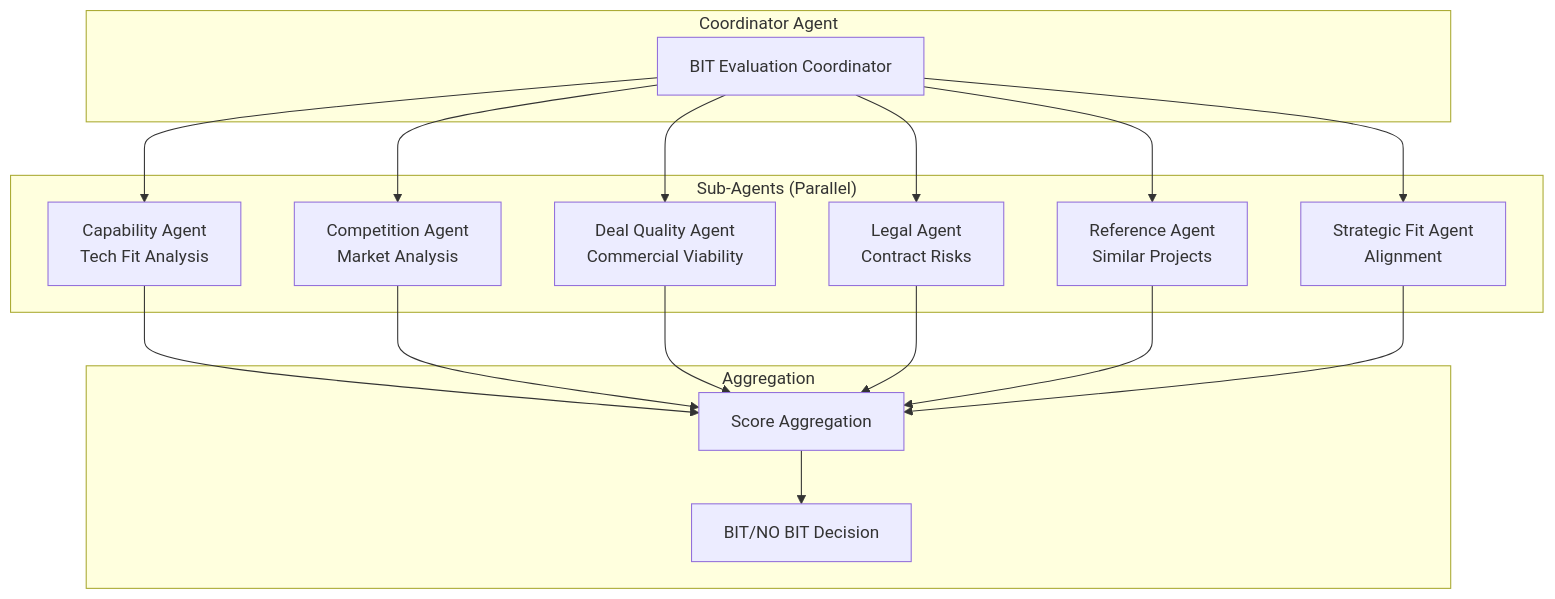
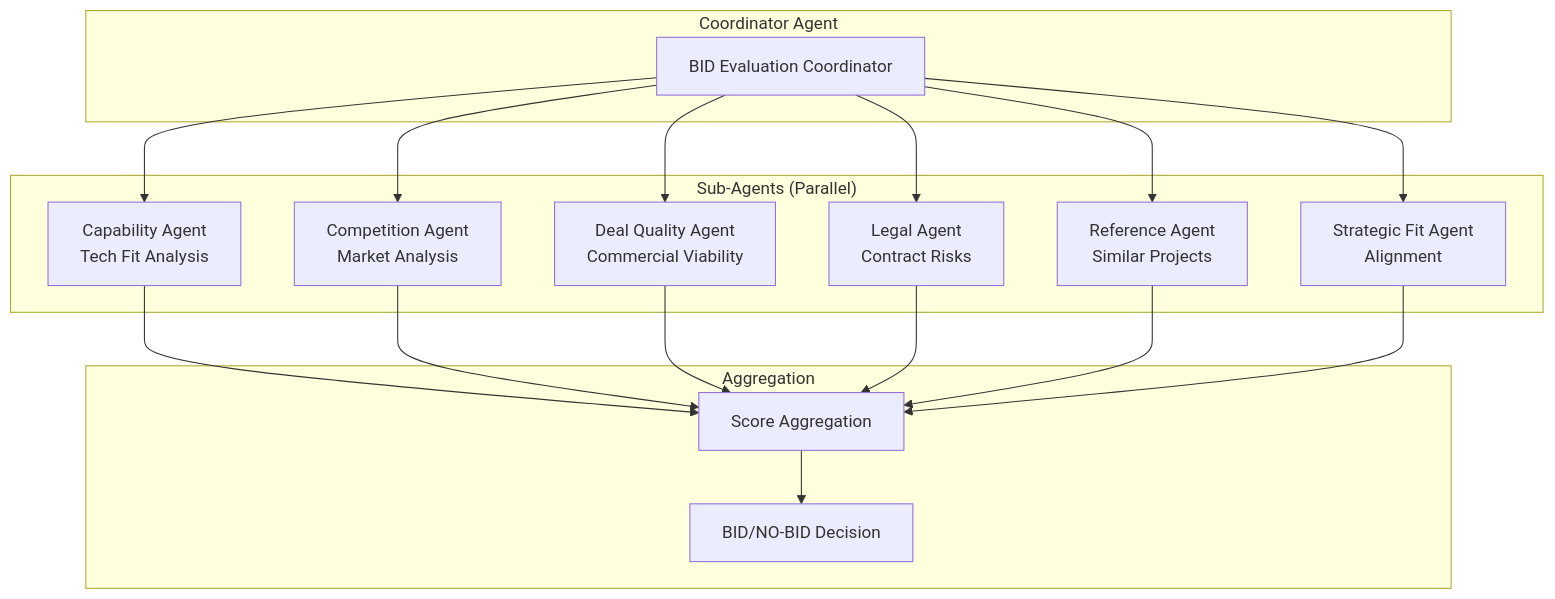
One commit to maphilipps/dealhunter changed the fourth of 9 diagrams in ARCHITECTURE.md. Above: the diagram before and after it, drawn with Mermaid. The commit also changed other lines of this file and 1285 other files, not shown here.

````diff
--- a/ARCHITECTURE.md
+++ b/ARCHITECTURE.md
@@ -349,36 +352,36 @@
 ```mermaid
 graph TB
     subgraph "Coordinator Agent"
-        Coord[BIT Evaluation Coordinator]
+        Coord[BID Evaluation Coordinator]
     end
 
     subgraph "Sub-Agents (Parallel)"
         Cap[Capability Agent<br/>Tech Fit Analysis]
         Comp[Competition Agent<br/>Market Analysis]
         Deal[Deal Quality Agent<br/>Commercial Viability]
         Legal[Legal Agent<br/>Contract Risks]
         Ref[Reference Agent<br/>Similar Projects]
         Strat[Strategic Fit Agent<br/>Alignment]
     end
 
     subgraph "Aggregation"
         Agg[Score Aggregation]
-        Decision[BIT/NO BIT Decision]
+        Decision[BID/NO-BID Decision]
     end
 
     Coord --> Cap
     Coord --> Comp
     Coord --> Deal
     Coord --> Legal
     Coord --> Ref
     Coord --> Strat
 
     Cap --> Agg
     Comp --> Agg
     Deal --> Agg
     Legal --> Agg
     Ref --> Agg
     Strat --> Agg
 
     Agg --> Decision
 ```
````
